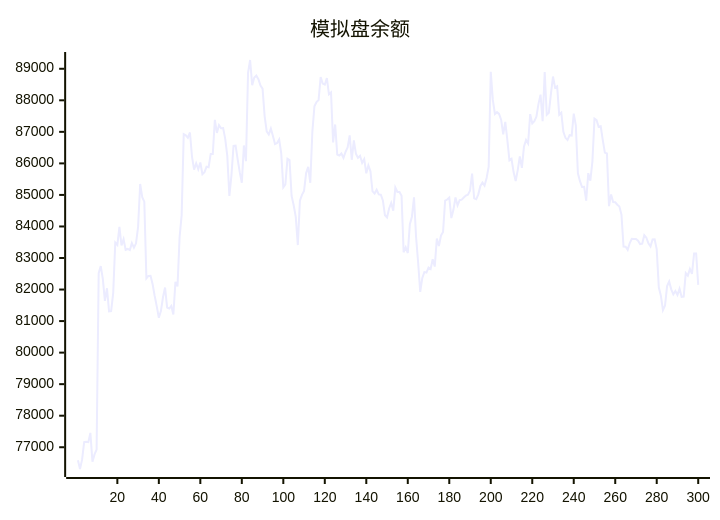
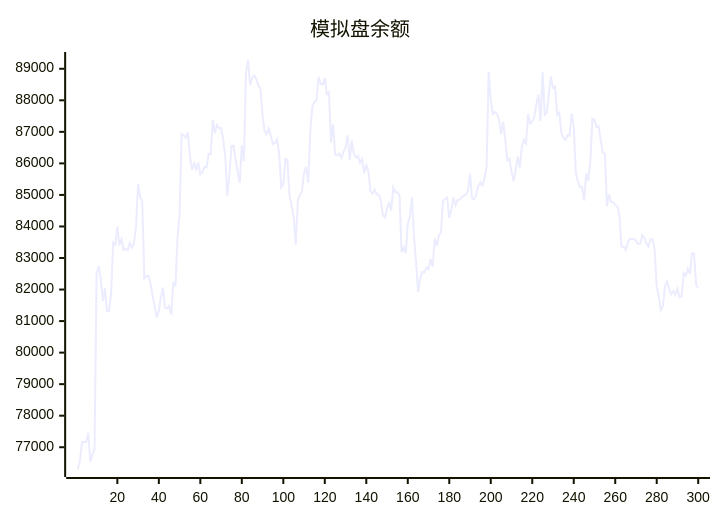
One commit to aahl/ai-trading changed the diagram in README.md. Above: the diagram before and after it, drawn with Mermaid. The commit also changed other lines of this file and 1 other file, not shown here.

````diff
--- a/README.md
+++ b/README.md
@@ -5,5 +5,5 @@
 ```mermaid
 xychart
     title "模拟盘余额"
-    line [76585,76310,76607,77160,77170,77160,77456,76541,76774,76927,82520,82744,82337,81639,82040,81307,81314,81887,83490,83414,83984,83396,83594,83261,83287,83253,83470,83327,83465,83987,85348,84930,84786,82355,82433,82438,82167,81795,81466,81105,81315,81756,82064,81426,81398,81481,81210,82242,82099,83658,84359,86925,86892,86814,86980,86203,85802,86003,85811,86028,85657,85721,85896,85880,86300,86299,87378,86965,87214,87115,87118,86780,86238,84966,85623,86555,86562,86129,85722,85387,86569,86070,88870,89278,88477,88720,88781,88668,88467,88372,87493,87018,86917,87102,86870,86613,86644,86758,86317,85242,85334,86149,86106,84968,84671,84302,83410,84816,85001,85127,85693,85891,85384,87001,87811,87945,88007,88734,88528,88495,88705,88189,88248,86662,87234,86279,86251,86314,86177,86364,86503,86886,86114,86731,86310,86176,86240,86017,86136,85685,85938,85749,85111,85044,85164,85016,85008,84824,84354,84287,84572,84745,84500,85234,85096,85095,84970,83180,83338,83157,84070,84309,84922,83667,82850,81924,82369,82552,82539,82695,82648,82962,82728,83619,83378,83710,83825,84819,84854,84917,84265,84527,84919,84668,84834,84850,84916,84981,85004,85131,85674,84891,84864,85019,85284,85393,85294,85538,85894,88904,88012,87567,87625,87568,87386,86920,87313,86737,86094,86143,85725,85437,85787,86219,85859,86526,86740,86630,87563,87264,87335,87483,87886,88180,87335,88894,87544,87608,88207,88755,88401,88444,87543,87608,87000,86810,86740,86894,86884,87576,87209,85686,85435,85251,85255,84820,85689,85453,86066,87420,87373,87161,87178,86740,86341,86315,84643,85012,84772,84768,84690,84635,84376,83360,83357,83259,83474,83608,83606,83602,83548,83440,83454,83724,83644,83464,83365,83590,83592,83275,82072,81806,81344,81492,82109,82254,82006,81848,81955,81829,82022,81769,81776,82522,82441,82656,82498,83144,83144,82150]
+    line [76310,76607,77160,77170,77160,77456,76541,76774,76927,82520,82744,82337,81639,82040,81307,81314,81887,83490,83414,83984,83396,83594,83261,83287,83253,83470,83327,83465,83987,85348,84930,84786,82355,82433,82438,82167,81795,81466,81105,81315,81756,82064,81426,81398,81481,81210,82242,82099,83658,84359,86925,86892,86814,86980,86203,85802,86003,85811,86028,85657,85721,85896,85880,86300,86299,87378,86965,87214,87115,87118,86780,86238,84966,85623,86555,86562,86129,85722,85387,86569,86070,88870,89278,88477,88720,88781,88668,88467,88372,87493,87018,86917,87102,86870,86613,86644,86758,86317,85242,85334,86149,86106,84968,84671,84302,83410,84816,85001,85127,85693,85891,85384,87001,87811,87945,88007,88734,88528,88495,88705,88189,88248,86662,87234,86279,86251,86314,86177,86364,86503,86886,86114,86731,86310,86176,86240,86017,86136,85685,85938,85749,85111,85044,85164,85016,85008,84824,84354,84287,84572,84745,84500,85234,85096,85095,84970,83180,83338,83157,84070,84309,84922,83667,82850,81924,82369,82552,82539,82695,82648,82962,82728,83619,83378,83710,83825,84819,84854,84917,84265,84527,84919,84668,84834,84850,84916,84981,85004,85131,85674,84891,84864,85019,85284,85393,85294,85538,85894,88904,88012,87567,87625,87568,87386,86920,87313,86737,86094,86143,85725,85437,85787,86219,85859,86526,86740,86630,87563,87264,87335,87483,87886,88180,87335,88894,87544,87608,88207,88755,88401,88444,87543,87608,87000,86810,86740,86894,86884,87576,87209,85686,85435,85251,85255,84820,85689,85453,86066,87420,87373,87161,87178,86740,86341,86315,84643,85012,84772,84768,84690,84635,84376,83360,83357,83259,83474,83608,83606,83602,83548,83440,83454,83724,83644,83464,83365,83590,83592,83275,82072,81806,81344,81492,82109,82254,82006,81848,81955,81829,82022,81769,81776,82522,82441,82656,82498,83144,83144,82150,82038]
 ```
````
